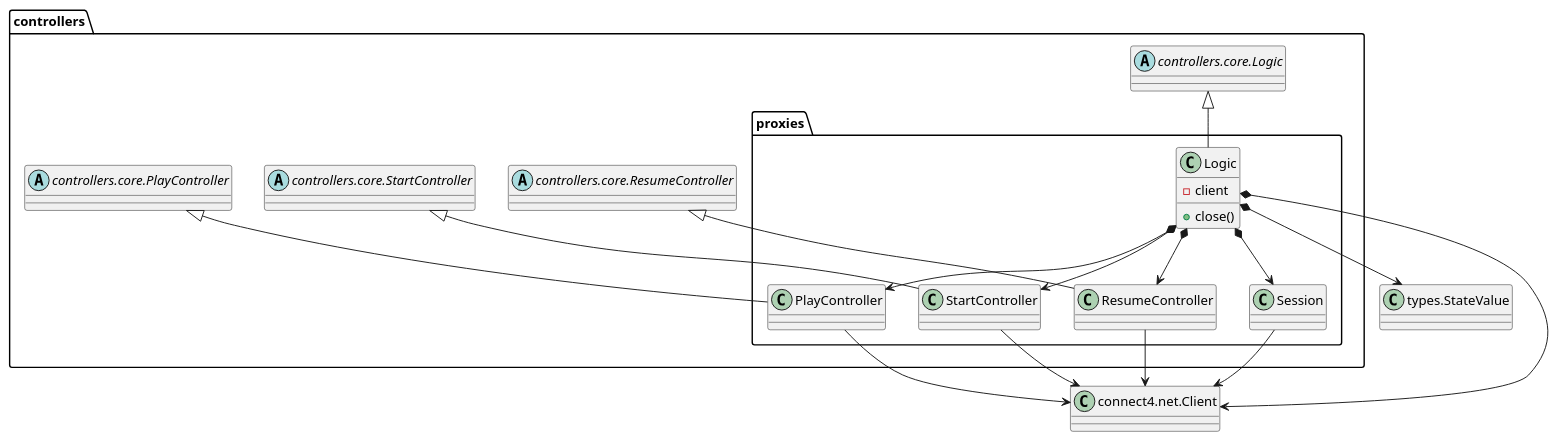
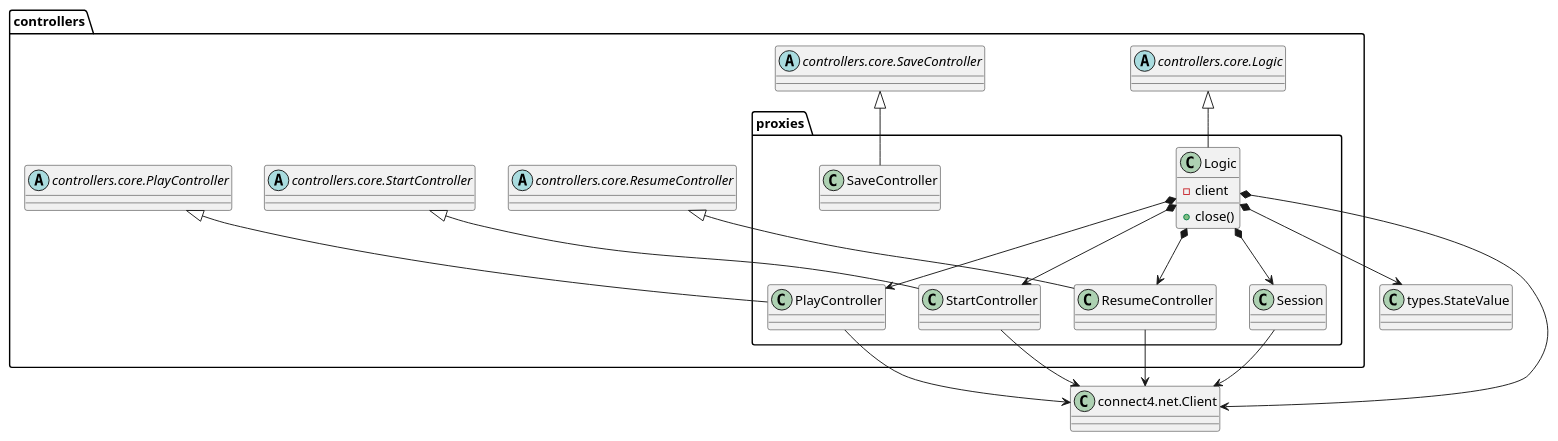
The diagram in connect4/Docs/diagrams/src/packages/connect4.connect4.controllers.proxies.plantuml (js-rom/connect4), drawn with PlantUML before and after one commit. The commit also changed 14 other files, not shown here.

Commit message:
feat: add save controller (acceptor controller) to core, implementation and proxies, update ControllerVisitor and implements new methods in views implementing ControllerVisitor #8

```diff
--- a/connect4/Docs/diagrams/src/packages/connect4.connect4.controllers.proxies.plantuml
+++ b/connect4/Docs/diagrams/src/packages/connect4.connect4.controllers.proxies.plantuml
@@ -1,51 +1,53 @@
 @startuml connect4.connect4.controllers.proxies
 
 class controllers.proxies.Logic {
     - client
     + close()
 }
 
 
 class controllers.proxies.StartController {
 
 }
 
 
 class controllers.proxies.PlayController{
 
 }
 
 class controllers.proxies.ResumeController{
   
 }
 
 class controllers.proxies.Session{
   
 }
 
 class StateValue as "types.StateValue"
 
 abstract class controllers.coreLogic as "controllers.core.Logic"
 coreLogic <|-- Logic
 Logic *--> Session
 Logic *--> StartController
 Logic *--> PlayController
 Logic *--> ResumeController
 Logic *--> StateValue
 class Client as "connect4.net.Client"
 Logic *--> Client
 Session --> Client
 
 StartController --> Client
 PlayController --> Client
 ResumeController --> Client
 
 abstract class controllers.StartController as "controllers.core.StartController"
 abstract class controllers.PlayController as "controllers.core.PlayController"
+abstract class controllers.SaveController as "controllers.core.SaveController"
 abstract class controllers.ResumeController as "controllers.core.ResumeController"
 
 controllers.StartController <|-- controllers.proxies.StartController
 controllers.PlayController <|-- controllers.proxies.PlayController
+controllers.SaveController <|-- controllers.proxies.SaveController
 controllers.ResumeController <|-- controllers.proxies.ResumeController
 
 @enduml
```
